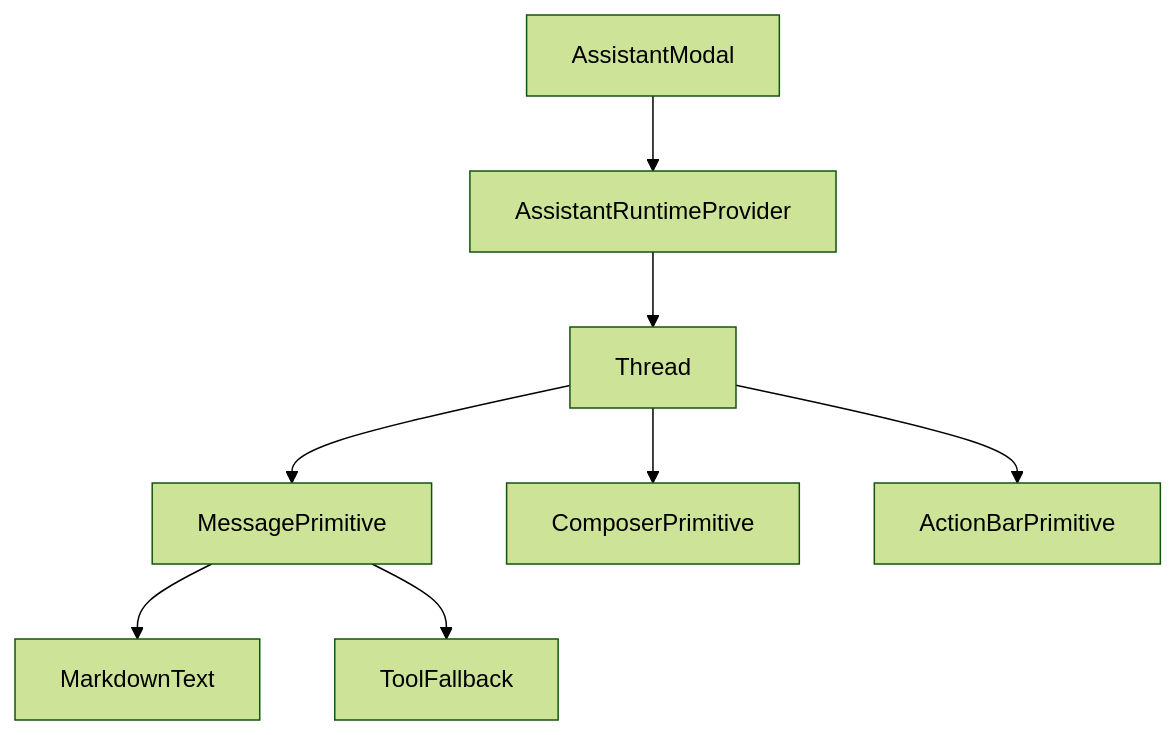
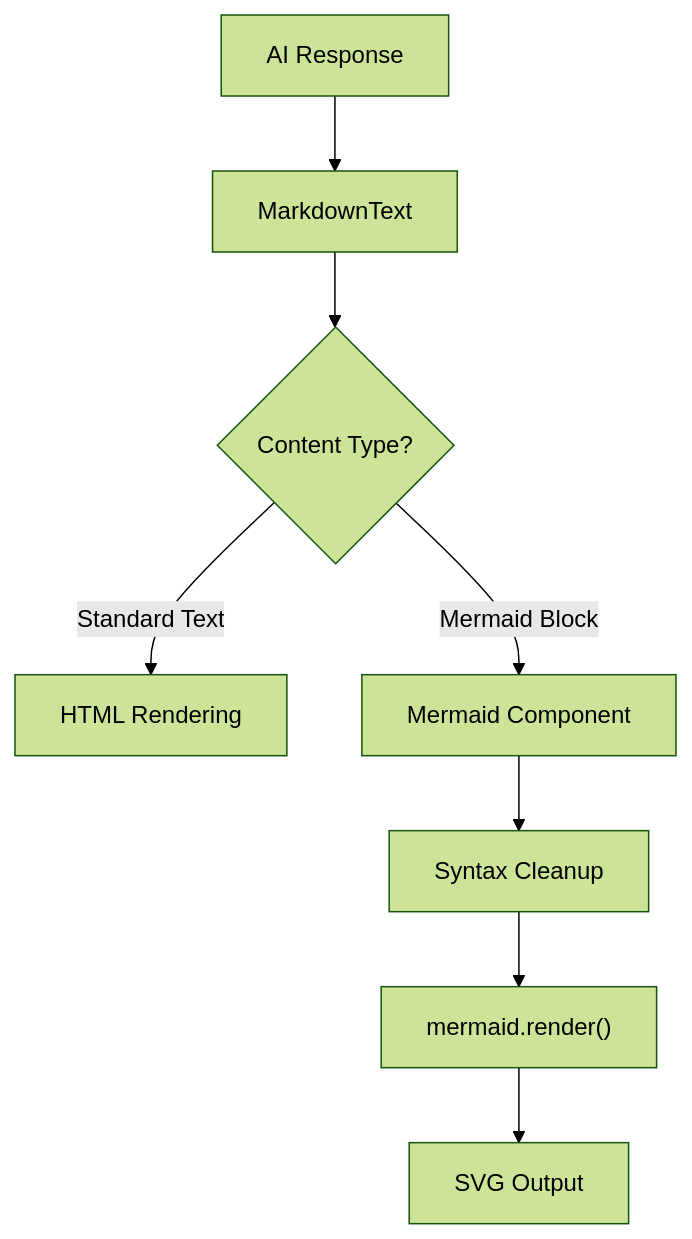
The diagram in docs/shinymack/gitdex/3.2_ai-assistant-ui.mdx (shinymacktest/gitdex-docs), drawn with Mermaid (forest theme) before and after one commit. The commit also changed other lines of this file and 31 other files, not shown here.

````diff
--- a/docs/shinymack/gitdex/3.2_ai-assistant-ui.mdx
+++ b/docs/shinymack/gitdex/3.2_ai-assistant-ui.mdx
@@ -14,10 +28,10 @@
 ```mermaid
 graph TD
-    A["AssistantModal"] --> B["AssistantRuntimeProvider"]
-    B --> C["Thread"]
-    C --> D["MessagePrimitive"]
-    D --> E["MarkdownText"]
-    D --> F["ToolFallback"]
-    C --> G["ComposerPrimitive"]
-    C --> H["ActionBarPrimitive"]
+    A["AI Response"] --> B["MarkdownText"]
+    B --> C{"Content Type?"}
+    C -- "Standard Text" --> D["HTML Rendering"]
+    C -- "Mermaid Block" --> E["Mermaid Component"]
+    E --> F["Syntax Cleanup"]
+    F --> G["mermaid.render()"]
+    G --> H["SVG Output"]
 ```
````
